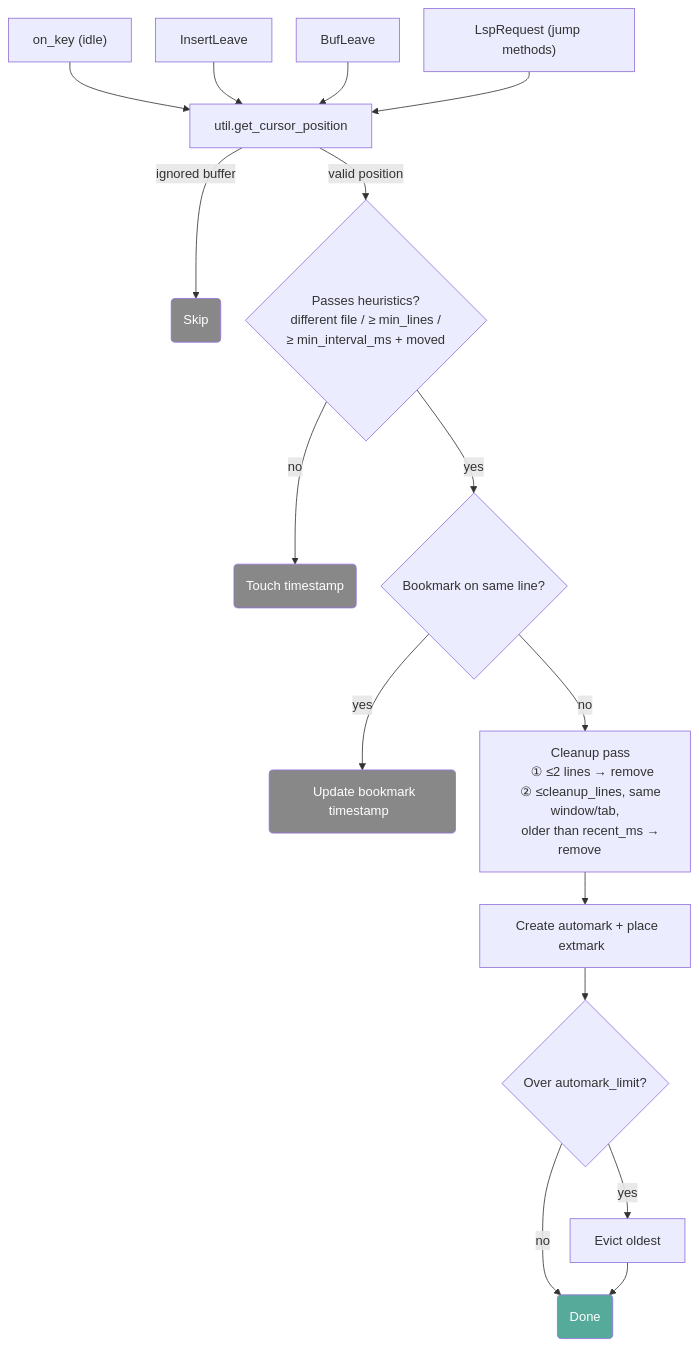
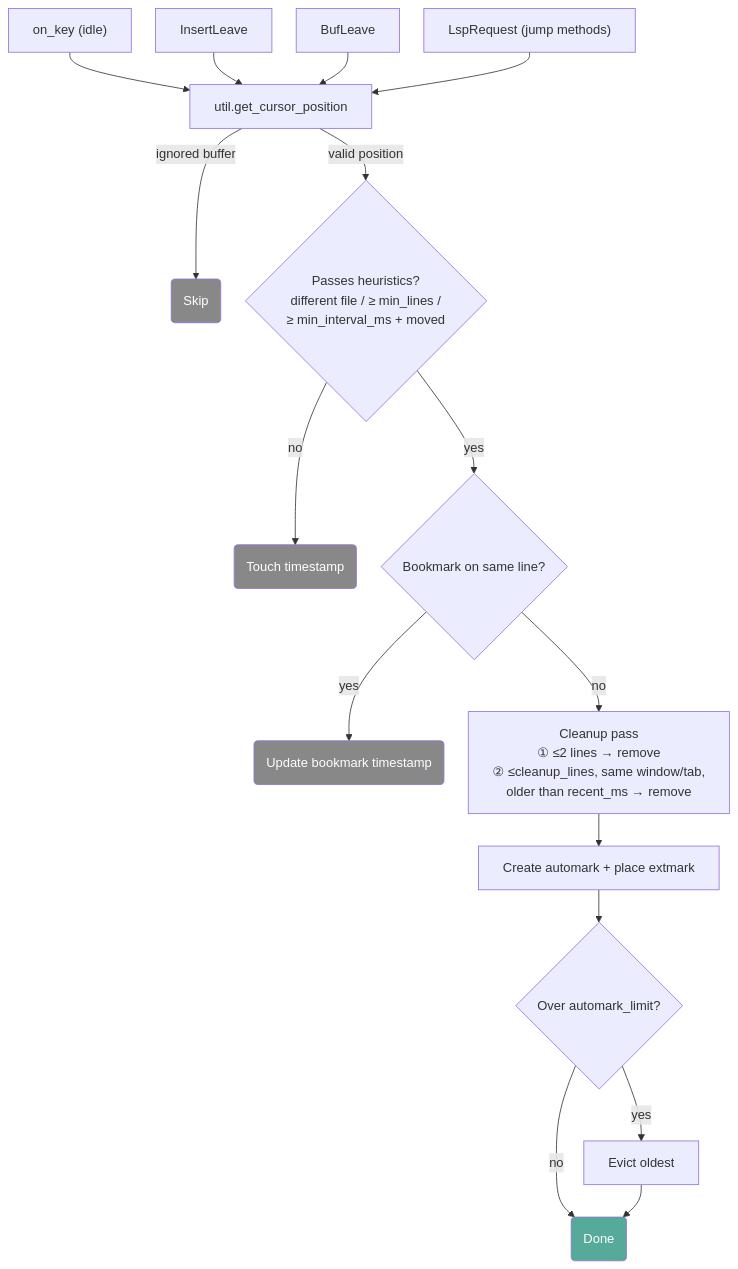
One commit to pablosgraduation/waymark.nvim changed the first of 5 diagrams in ARCHITECTURE.md. Above: the diagram before and after it, drawn with Mermaid.

````diff
--- a/ARCHITECTURE.md
+++ b/ARCHITECTURE.md
@@ -81,43 +81,44 @@
 ```mermaid
 ---
 config:
   flowchart:
     nodeSpacing: 30
     rankSpacing: 40
     useMaxWidth: false
+    wrappingWidth: 300
 ---
 flowchart TD
     A["on_key (idle)"]
     B[InsertLeave]
     C[BufLeave]
     D["LspRequest (jump methods)"]
 
     A & B & C & D --> E[util.get_cursor_position]
     E -->|ignored buffer| F(Skip)
     E -->|valid position| G
 
     G{"Passes heuristics?
     different file / ≥ min_lines /
     ≥ min_interval_ms + moved"}
     G -->|no| T(Touch timestamp)
     G -->|yes| BK{Bookmark on same line?}
 
-    BK -->|yes| BKU("&nbsp;&nbsp;Update bookmark timestamp&nbsp;&nbsp;")
+    BK -->|yes| BKU(Update bookmark timestamp)
     BK -->|no| CL
 
-    CL["&nbsp;&nbsp;&nbsp;Cleanup pass
+    CL["Cleanup pass
     ① ≤2 lines → remove
     ② ≤cleanup_lines, same window/tab,
-    older than recent_ms → remove&nbsp;&nbsp;&nbsp;"]
+    older than recent_ms → remove"]
 
-    CL --> CR["&nbsp;&nbsp;Create automark + place extmark&nbsp;&nbsp;"]
+    CL --> CR[Create automark + place extmark]
     CR --> EV{Over automark_limit?}
     EV -->|yes| RM[Evict oldest]
     EV -->|no| DN(Done)
     RM --> DN
 
     style F fill:#888,color:#fff
     style T fill:#888,color:#fff
     style BKU fill:#888,color:#fff
     style DN fill:#5a9,color:#fff
 ```
````
